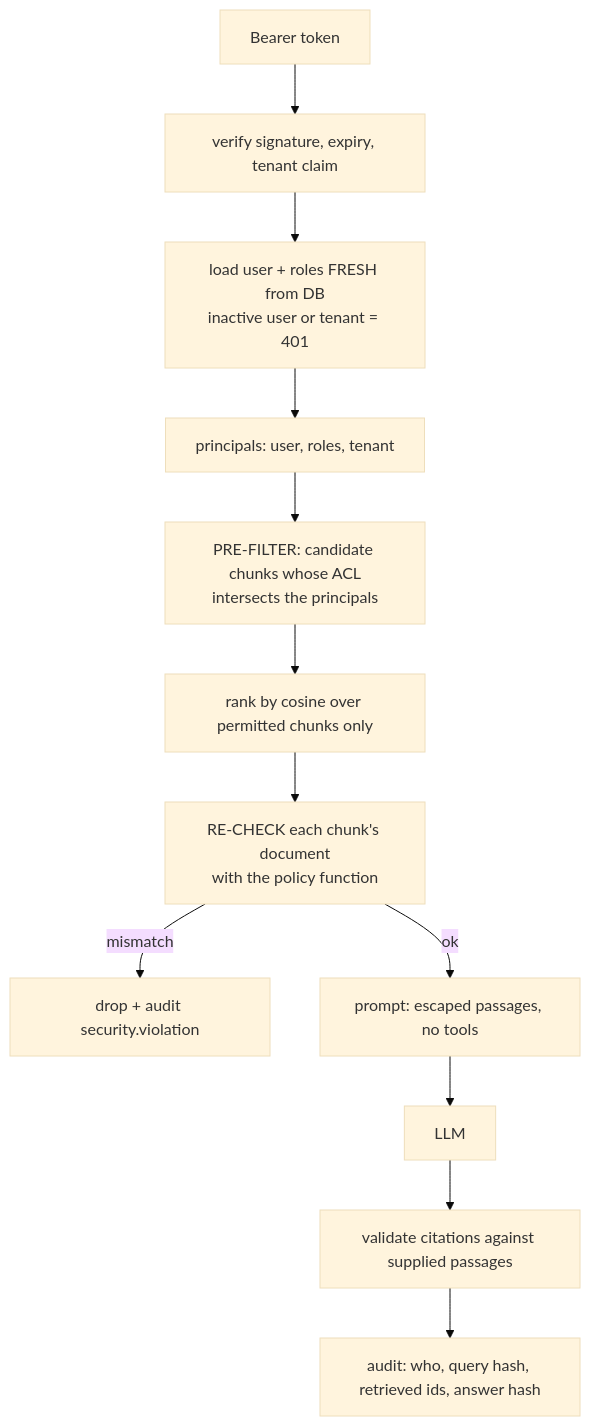
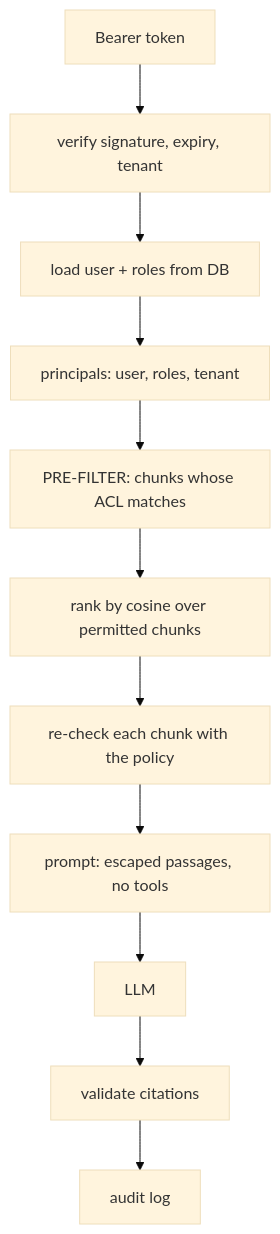
One commit to sriyaaa2003/permission-aware-rag changed the diagram in README.md. Above: the diagram before and after it, drawn with Mermaid (base theme). The commit also changed other lines of this file, not shown here.

````diff
--- a/README.md
+++ b/README.md
@@ -7,13 +19,12 @@
 ```mermaid
 flowchart TD
-  T[Bearer token] --> A[verify signature, expiry, tenant claim]
-  A --> U[load user + roles FRESH from DB<br/>inactive user or tenant = 401]
+  T[Bearer token] --> A[verify signature, expiry, tenant]
+  A --> U[load user + roles from DB]
   U --> P[principals: user, roles, tenant]
-  P --> F[PRE-FILTER: candidate chunks whose ACL<br/>intersects the principals]
-  F --> S[rank by cosine over permitted chunks only]
-  S --> C[RE-CHECK each chunk's document<br/>with the policy function]
-  C -- mismatch --> V[drop + audit security.violation]
-  C -- ok --> G[prompt: escaped passages, no tools]
-  G --> L[LLM] --> X[validate citations against supplied passages]
-  X --> AU[audit: who, query hash, retrieved ids, answer hash]
+  P --> F[PRE-FILTER: chunks whose ACL matches]
+  F --> S[rank by cosine over permitted chunks]
+  S --> C[re-check each chunk with the policy]
+  C --> G[prompt: escaped passages, no tools]
+  G --> L[LLM] --> X[validate citations]
+  X --> AU[audit log]
 ```
````
